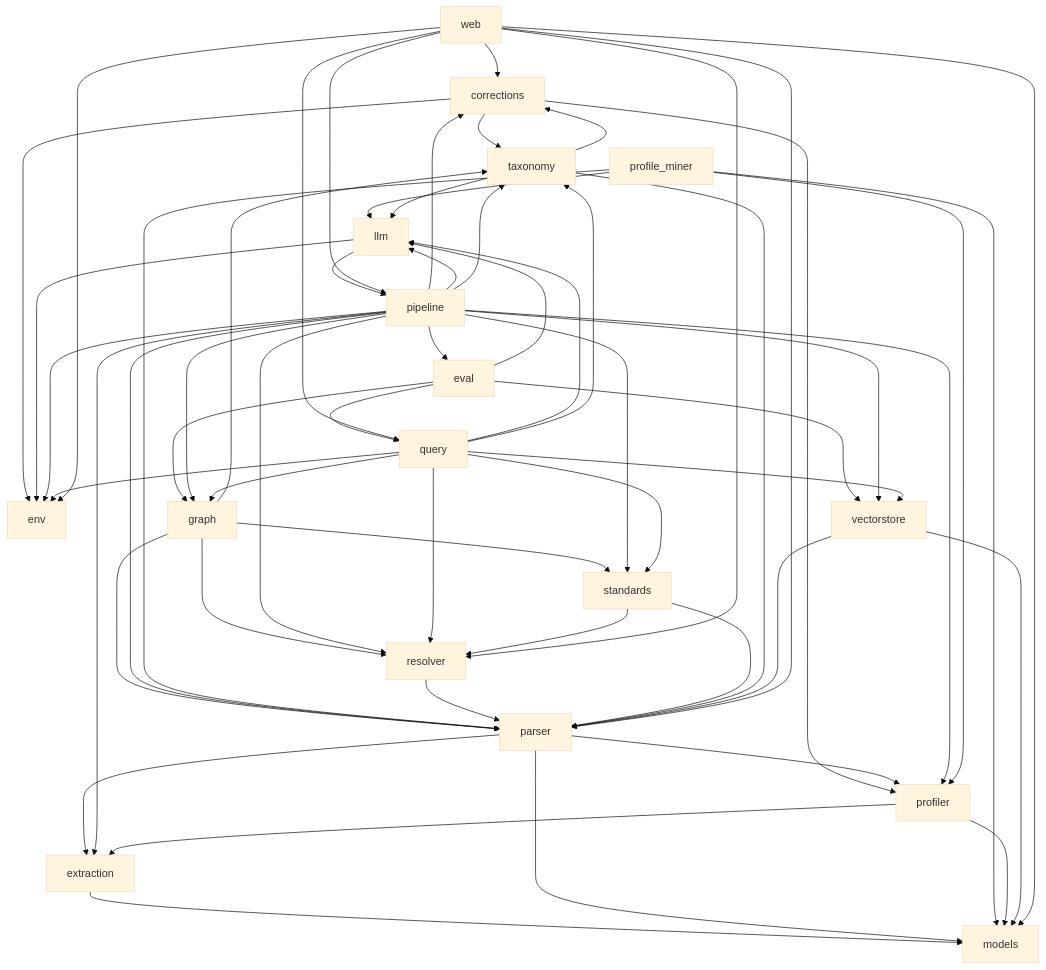
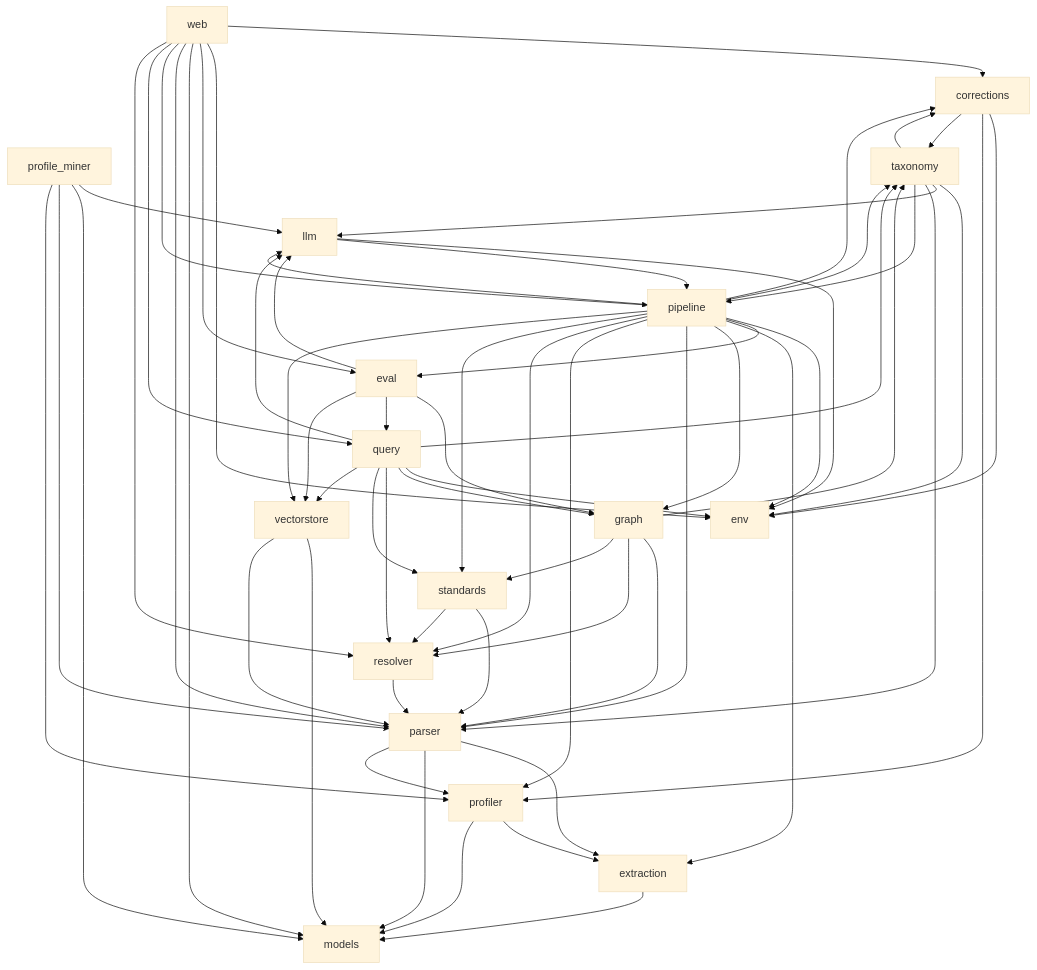
The diagram in docs/compact/MAP.md (kurnoolion/nora), drawn with Mermaid (base theme) before and after one commit. The commit also changed other lines of this file and 6 other files, not shown here.

Commit message:
docs(compact): golden-eval session close — journal, D-DRAFT-6 (parse-tree reads), regen-map (4 STRUCTURE blocks + MAP: web→eval edge)

````diff
--- a/docs/compact/MAP.md
+++ b/docs/compact/MAP.md
@@ -29,77 +29,80 @@
 ```mermaid
 flowchart TD
     m_corrections[corrections]
     m_env[env]
     m_eval[eval]
     m_extraction[extraction]
     m_graph[graph]
     m_llm[llm]
     m_models[models]
     m_parser[parser]
     m_pipeline[pipeline]
     m_profile_miner[profile_miner]
     m_profiler[profiler]
     m_query[query]
     m_resolver[resolver]
     m_standards[standards]
     m_taxonomy[taxonomy]
     m_vectorstore[vectorstore]
     m_web[web]
     m_corrections --> m_env
     m_corrections --> m_profiler
     m_corrections --> m_taxonomy
     m_eval --> m_graph
     m_eval --> m_llm
     m_eval --> m_query
     m_eval --> m_vectorstore
     m_extraction --> m_models
     m_graph --> m_parser
     m_graph --> m_resolver
     m_graph --> m_standards
     m_graph --> m_taxonomy
     m_llm --> m_env
     m_llm --> m_pipeline
     m_parser --> m_extraction
     m_parser --> m_models
     m_parser --> m_profiler
     m_pipeline --> m_corrections
     m_pipeline --> m_env
     m_pipeline --> m_eval
     m_pipeline --> m_extraction
     m_pipeline --> m_graph
     m_pipeline --> m_llm
     m_pipeline --> m_parser
     m_pipeline --> m_profiler
     m_pipeline --> m_resolver
     m_pipeline --> m_standards
     m_pipeline --> m_taxonomy
     m_pipeline --> m_vectorstore
     m_profile_miner --> m_llm
     m_profile_miner --> m_models
     m_profile_miner --> m_parser
     m_profile_miner --> m_profiler
     m_profiler --> m_extraction
     m_profiler --> m_models
     m_query --> m_env
     m_query --> m_graph
     m_query --> m_llm
     m_query --> m_resolver
     m_query --> m_standards
     m_query --> m_taxonomy
     m_query --> m_vectorstore
     m_resolver --> m_parser
     m_standards --> m_parser
     m_standards --> m_resolver
     m_taxonomy --> m_corrections
+    m_taxonomy --> m_env
     m_taxonomy --> m_llm
     m_taxonomy --> m_parser
+    m_taxonomy --> m_pipeline
     m_vectorstore --> m_models
     m_vectorstore --> m_parser
     m_web --> m_corrections
     m_web --> m_env
+    m_web --> m_eval
     m_web --> m_models
     m_web --> m_parser
     m_web --> m_pipeline
     m_web --> m_query
     m_web --> m_resolver
 ```
````
